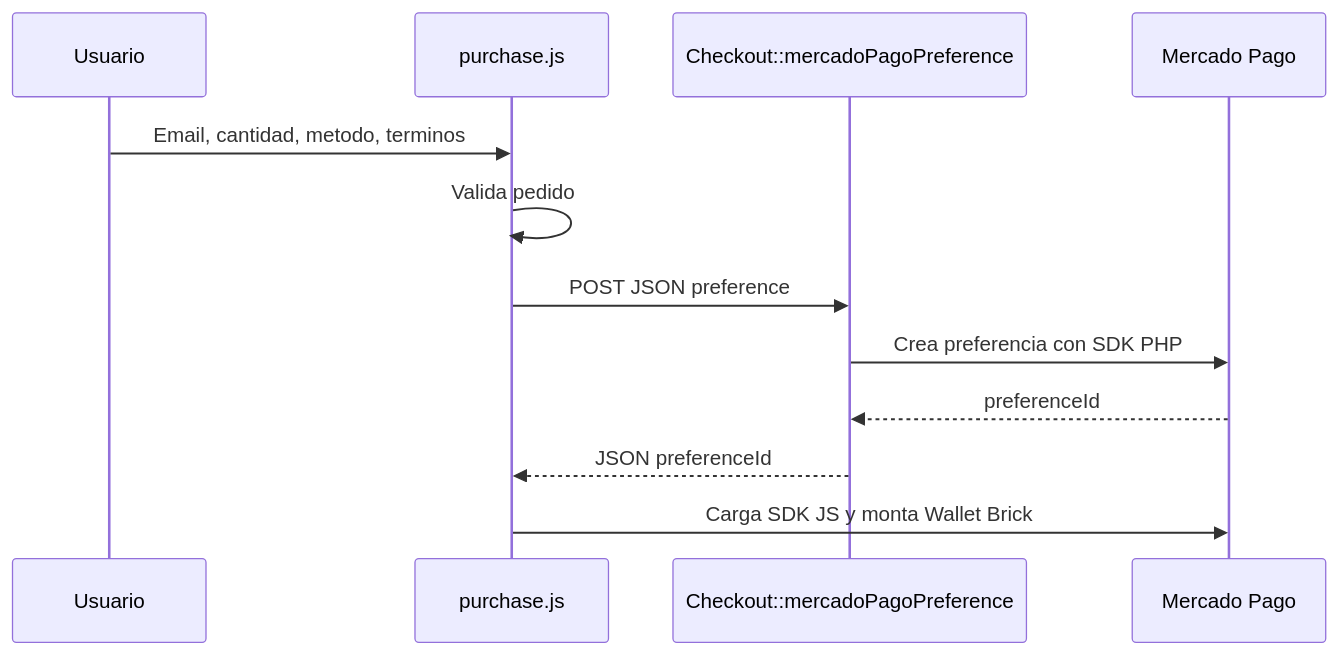
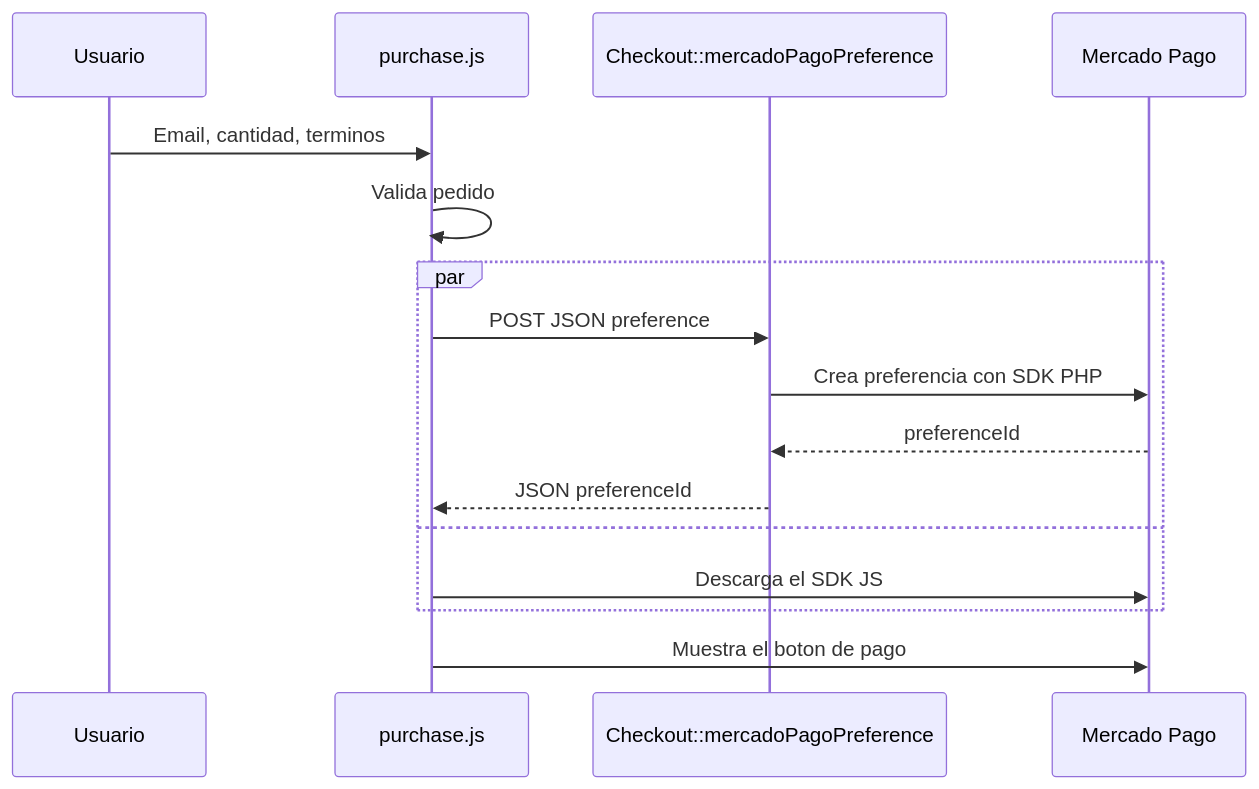
Before and after one commit to TuVieja22/AquaControl: the sixth of 6 diagrams in FRONTEND_DOCUMENTACION.md, drawn with Mermaid. The commit also changed other lines of this file and 10 other files, not shown here.

````diff
--- a/FRONTEND_DOCUMENTACION.md
+++ b/FRONTEND_DOCUMENTACION.md
@@ -537,14 +514,18 @@
 ```mermaid
 sequenceDiagram
     participant U as Usuario
     participant F as purchase.js
     participant API as Checkout::mercadoPagoPreference
     participant MP as Mercado Pago
-    U->>F: Email, cantidad, metodo, terminos
+    U->>F: Email, cantidad, terminos
     F->>F: Valida pedido
-    F->>API: POST JSON preference
-    API->>MP: Crea preferencia con SDK PHP
-    MP-->>API: preferenceId
-    API-->>F: JSON preferenceId
-    F->>MP: Carga SDK JS y monta Wallet Brick
+    par
+        F->>API: POST JSON preference
+        API->>MP: Crea preferencia con SDK PHP
+        MP-->>API: preferenceId
+        API-->>F: JSON preferenceId
+    and
+        F->>MP: Descarga el SDK JS
+    end
+    F->>MP: Muestra el boton de pago
 ```
````
